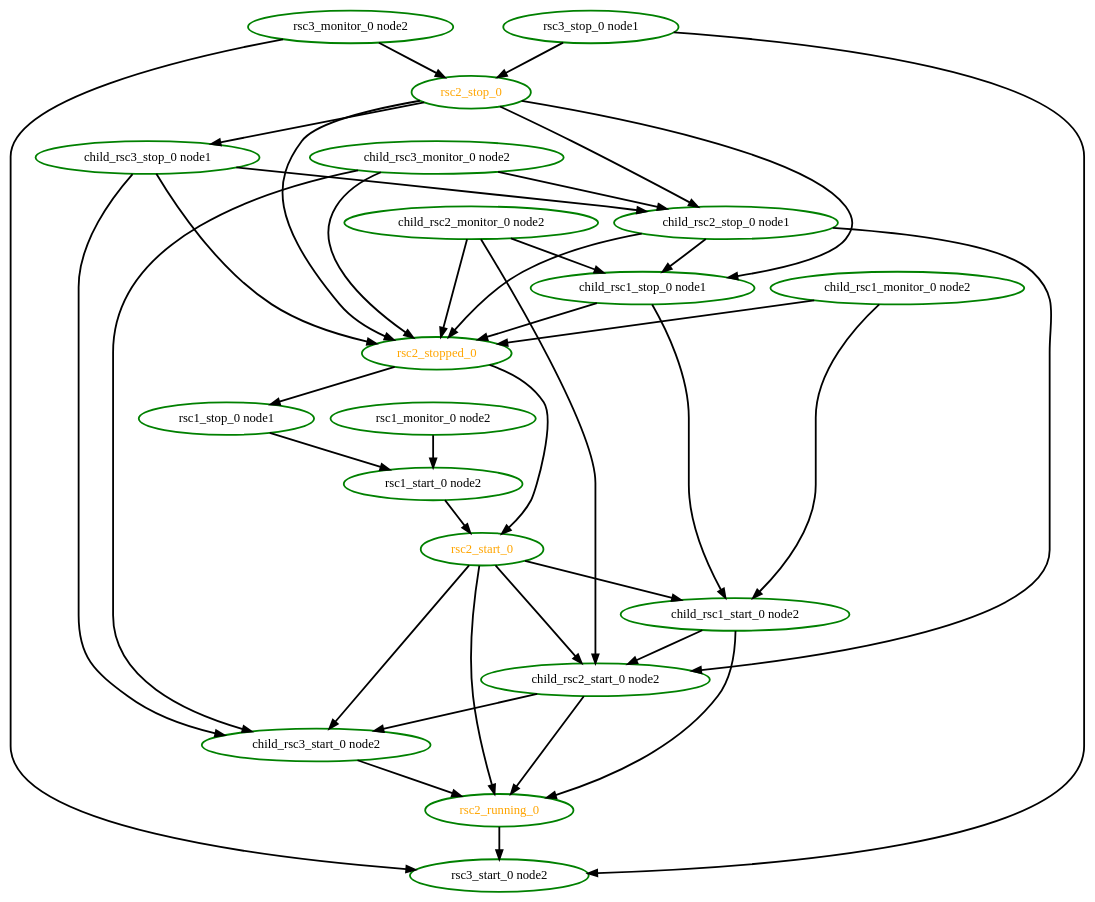
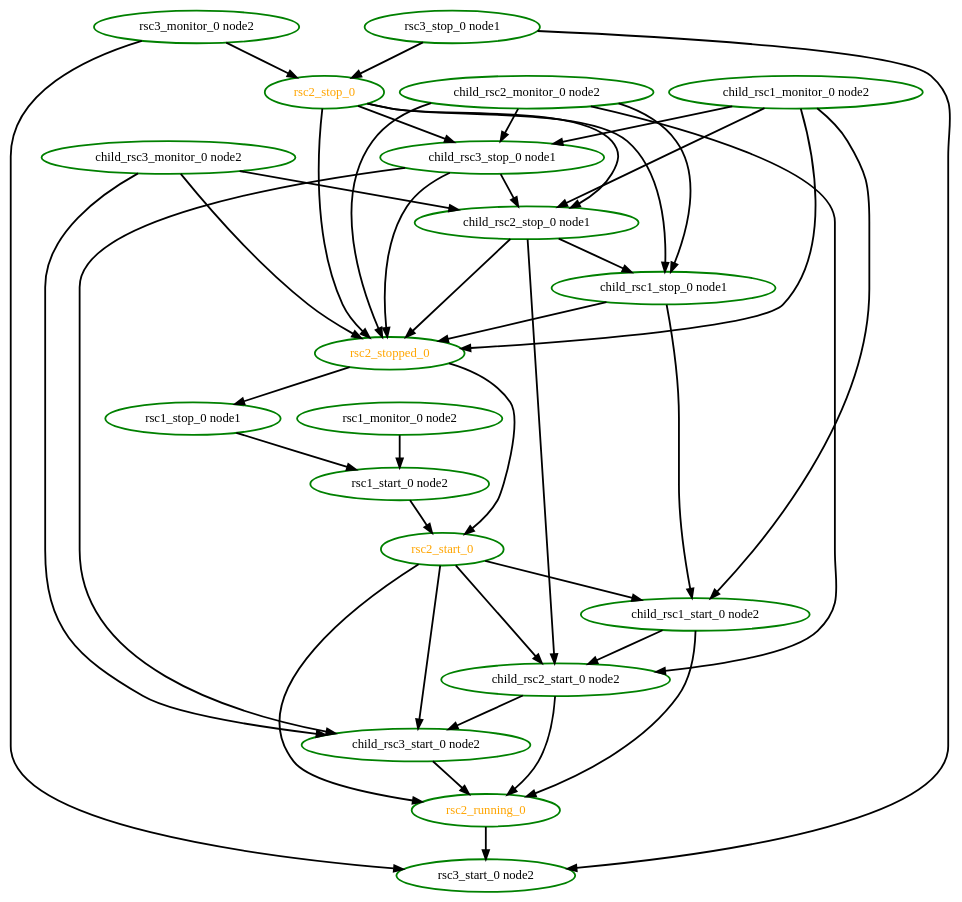
One commit to ClusterLabs/pacemaker changed the diagram in pengine/test10/group5.dot. Above: the diagram before and after it, drawn with Graphviz. The commit also changed 13 other files, not shown here.

```diff
--- a/pengine/test10/group5.dot
+++ b/pengine/test10/group5.dot
@@ -1,60 +1,63 @@
  digraph "g" {
 "child_rsc1_monitor_0 node2" -> "child_rsc1_start_0 node2" [ style = bold]
+"child_rsc1_monitor_0 node2" -> "child_rsc2_stop_0 node1" [ style = bold]
+"child_rsc1_monitor_0 node2" -> "child_rsc3_stop_0 node1" [ style = bold]
 "child_rsc1_monitor_0 node2" -> "rsc2_stopped_0" [ style = bold]
 "child_rsc1_monitor_0 node2" [ style=bold color="green" fontcolor="black" ]
 "child_rsc1_start_0 node2" -> "child_rsc2_start_0 node2" [ style = bold]
 "child_rsc1_start_0 node2" -> "rsc2_running_0" [ style = bold]
 "child_rsc1_start_0 node2" [ style=bold color="green" fontcolor="black" ]
 "child_rsc1_stop_0 node1" -> "child_rsc1_start_0 node2" [ style = bold]
 "child_rsc1_stop_0 node1" -> "rsc2_stopped_0" [ style = bold]
 "child_rsc1_stop_0 node1" [ style=bold color="green" fontcolor="black" ]
 "child_rsc2_monitor_0 node2" -> "child_rsc1_stop_0 node1" [ style = bold]
 "child_rsc2_monitor_0 node2" -> "child_rsc2_start_0 node2" [ style = bold]
+"child_rsc2_monitor_0 node2" -> "child_rsc3_stop_0 node1" [ style = bold]
 "child_rsc2_monitor_0 node2" -> "rsc2_stopped_0" [ style = bold]
 "child_rsc2_monitor_0 node2" [ style=bold color="green" fontcolor="black" ]
 "child_rsc2_start_0 node2" -> "child_rsc3_start_0 node2" [ style = bold]
 "child_rsc2_start_0 node2" -> "rsc2_running_0" [ style = bold]
 "child_rsc2_start_0 node2" [ style=bold color="green" fontcolor="black" ]
 "child_rsc2_stop_0 node1" -> "child_rsc1_stop_0 node1" [ style = bold]
 "child_rsc2_stop_0 node1" -> "child_rsc2_start_0 node2" [ style = bold]
 "child_rsc2_stop_0 node1" -> "rsc2_stopped_0" [ style = bold]
 "child_rsc2_stop_0 node1" [ style=bold color="green" fontcolor="black" ]
 "child_rsc3_monitor_0 node2" -> "child_rsc2_stop_0 node1" [ style = bold]
 "child_rsc3_monitor_0 node2" -> "child_rsc3_start_0 node2" [ style = bold]
 "child_rsc3_monitor_0 node2" -> "rsc2_stopped_0" [ style = bold]
 "child_rsc3_monitor_0 node2" [ style=bold color="green" fontcolor="black" ]
 "child_rsc3_start_0 node2" -> "rsc2_running_0" [ style = bold]
 "child_rsc3_start_0 node2" [ style=bold color="green" fontcolor="black" ]
 "child_rsc3_stop_0 node1" -> "child_rsc2_stop_0 node1" [ style = bold]
 "child_rsc3_stop_0 node1" -> "child_rsc3_start_0 node2" [ style = bold]
 "child_rsc3_stop_0 node1" -> "rsc2_stopped_0" [ style = bold]
 "child_rsc3_stop_0 node1" [ style=bold color="green" fontcolor="black" ]
 "rsc1_monitor_0 node2" -> "rsc1_start_0 node2" [ style = bold]
 "rsc1_monitor_0 node2" [ style=bold color="green" fontcolor="black" ]
 "rsc1_start_0 node2" -> "rsc2_start_0" [ style = bold]
 "rsc1_start_0 node2" [ style=bold color="green" fontcolor="black" ]
 "rsc1_stop_0 node1" -> "rsc1_start_0 node2" [ style = bold]
 "rsc1_stop_0 node1" [ style=bold color="green" fontcolor="black" ]
 "rsc2_running_0" -> "rsc3_start_0 node2" [ style = bold]
 "rsc2_running_0" [ style=bold color="green" fontcolor="orange" ]
 "rsc2_start_0" -> "child_rsc1_start_0 node2" [ style = bold]
 "rsc2_start_0" -> "child_rsc2_start_0 node2" [ style = bold]
 "rsc2_start_0" -> "child_rsc3_start_0 node2" [ style = bold]
 "rsc2_start_0" -> "rsc2_running_0" [ style = bold]
 "rsc2_start_0" [ style=bold color="green" fontcolor="orange" ]
 "rsc2_stop_0" -> "child_rsc1_stop_0 node1" [ style = bold]
 "rsc2_stop_0" -> "child_rsc2_stop_0 node1" [ style = bold]
 "rsc2_stop_0" -> "child_rsc3_stop_0 node1" [ style = bold]
 "rsc2_stop_0" -> "rsc2_stopped_0" [ style = bold]
 "rsc2_stop_0" [ style=bold color="green" fontcolor="orange" ]
 "rsc2_stopped_0" -> "rsc1_stop_0 node1" [ style = bold]
 "rsc2_stopped_0" -> "rsc2_start_0" [ style = bold]
 "rsc2_stopped_0" [ style=bold color="green" fontcolor="orange" ]
 "rsc3_monitor_0 node2" -> "rsc2_stop_0" [ style = bold]
 "rsc3_monitor_0 node2" -> "rsc3_start_0 node2" [ style = bold]
 "rsc3_monitor_0 node2" [ style=bold color="green" fontcolor="black" ]
 "rsc3_start_0 node2" [ style=bold color="green" fontcolor="black" ]
 "rsc3_stop_0 node1" -> "rsc2_stop_0" [ style = bold]
 "rsc3_stop_0 node1" -> "rsc3_start_0 node2" [ style = bold]
 "rsc3_stop_0 node1" [ style=bold color="green" fontcolor="black" ]
 }
```
